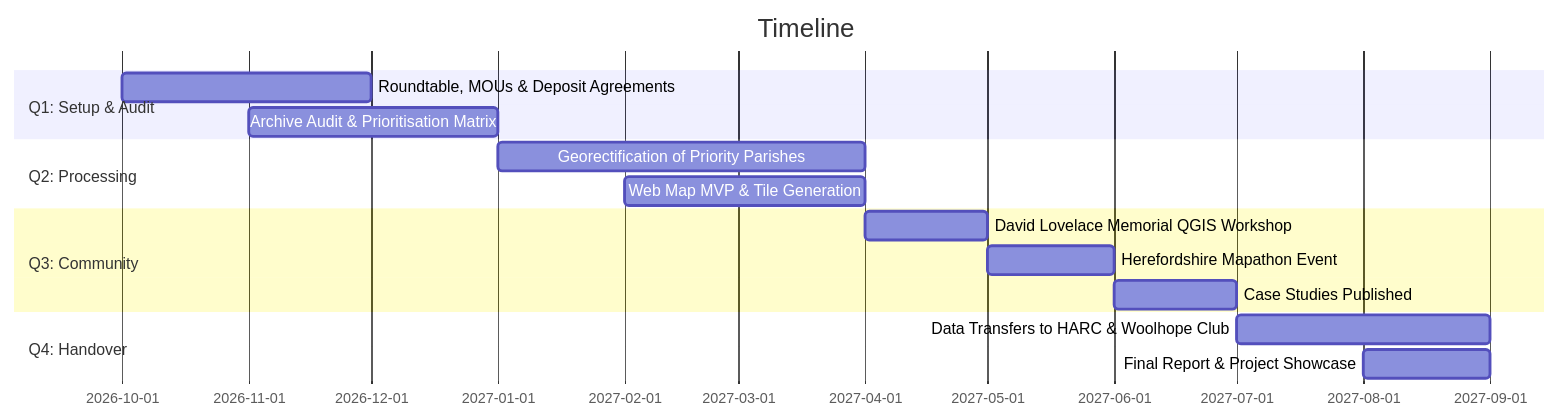
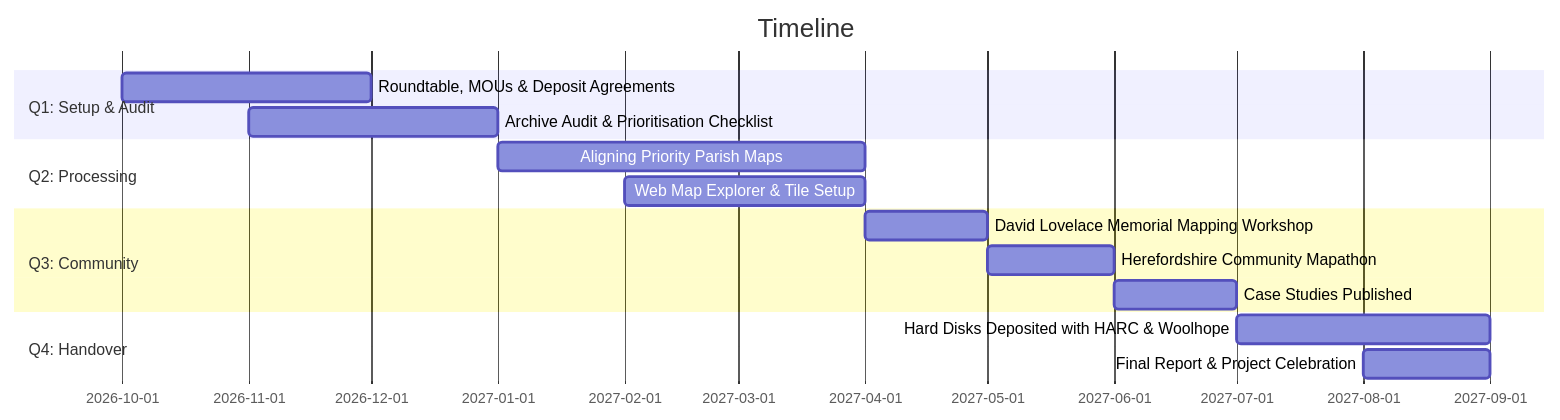
Before and after one commit to foss4lh/david-lovelace-archive: the second of 2 diagrams in docs/_bid.md, drawn with Mermaid. The commit also changed other lines of this file and 1 other file, not shown here.

````diff
--- a/docs/_bid.md
+++ b/docs/_bid.md
@@ -281,18 +287,18 @@
 ```mermaid
 gantt
     title Timeline
     dateFormat  YYYY-MM
     section Q1: Setup & Audit
     Roundtable, MOUs & Deposit Agreements   :2026-10, 2026-12
-    Archive Audit & Prioritisation Matrix   :2026-11, 2027-01
+    Archive Audit & Prioritisation Checklist :2026-11, 2027-01
     section Q2: Processing
-    Georectification of Priority Parishes   :2027-01, 2027-04
-    Web Map MVP & Tile Generation           :2027-02, 2027-04
+    Aligning Priority Parish Maps           :2027-01, 2027-04
+    Web Map Explorer & Tile Setup           :2027-02, 2027-04
     section Q3: Community
-    David Lovelace Memorial QGIS Workshop   :2027-04, 2027-05
-    Herefordshire Mapathon Event            :2027-05, 2027-06
+    David Lovelace Memorial Mapping Workshop:2027-04, 2027-05
+    Herefordshire Community Mapathon        :2027-05, 2027-06
     Case Studies Published                  :2027-06, 2027-07
     section Q4: Handover
-    Data Transfers to HARC & Woolhope Club  :2027-07, 2027-09
-    Final Report & Project Showcase         :2027-08, 2027-09
+    Hard Disks Deposited with HARC & Woolhope:2027-07, 2027-09
+    Final Report & Project Celebration      :2027-08, 2027-09
 ```
````
